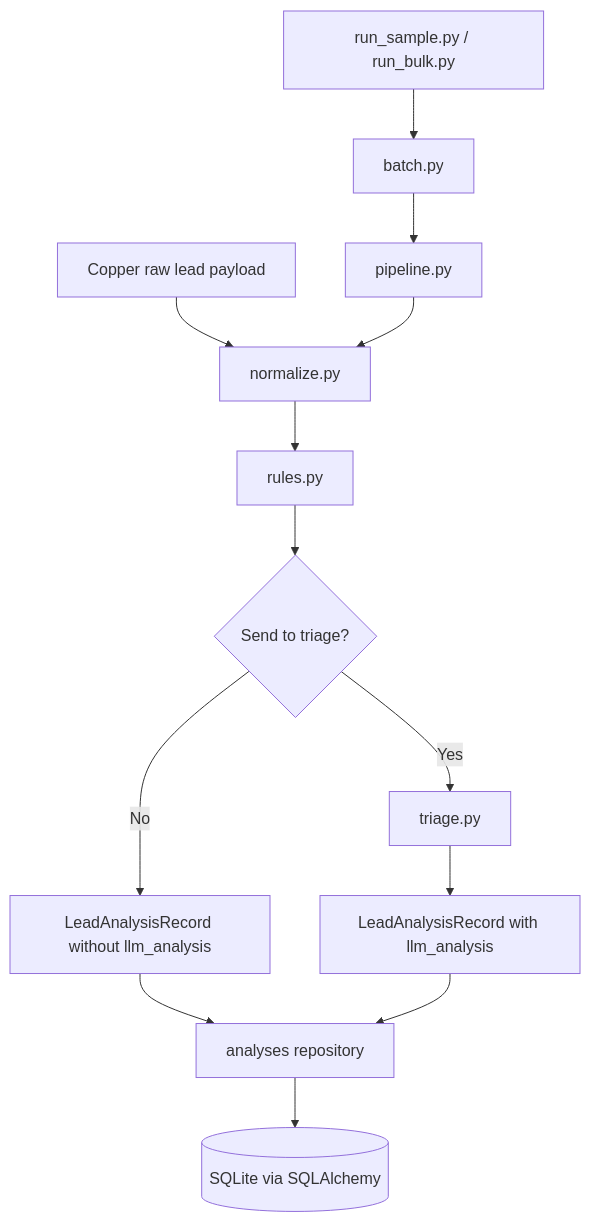
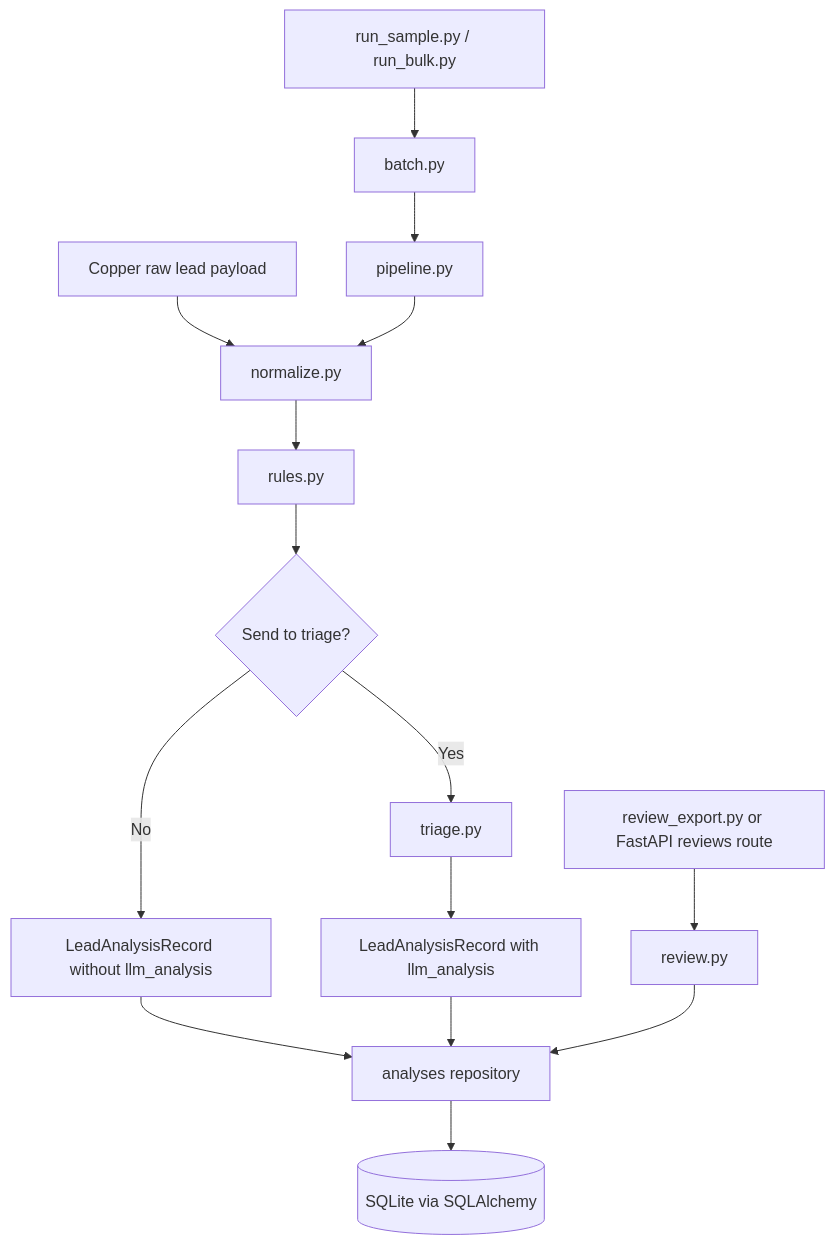
The first of 4 diagrams in docs/system_flow.md (filio623/copper-lead-triage), drawn with Mermaid before and after one commit. The commit also changed other lines of this file and 9 other files, not shown here.

````diff
--- a/docs/system_flow.md
+++ b/docs/system_flow.md
@@ -42,16 +45,19 @@
 ```mermaid
 flowchart TD
     A[Copper raw lead payload] --> B[normalize.py]
     B --> C[rules.py]
     C --> D{Send to triage?}
     D -->|No| E[LeadAnalysisRecord without llm_analysis]
     D -->|Yes| F[triage.py]
     F --> G[LeadAnalysisRecord with llm_analysis]
     E --> H[analyses repository]
     G --> H
     H --> I[(SQLite via SQLAlchemy)]
 
     J[run_sample.py / run_bulk.py] --> K[batch.py]
     K --> L[pipeline.py]
     L --> B
+
+    M[review_export.py or FastAPI reviews route] --> N[review.py]
+    N --> H
 ```
````
